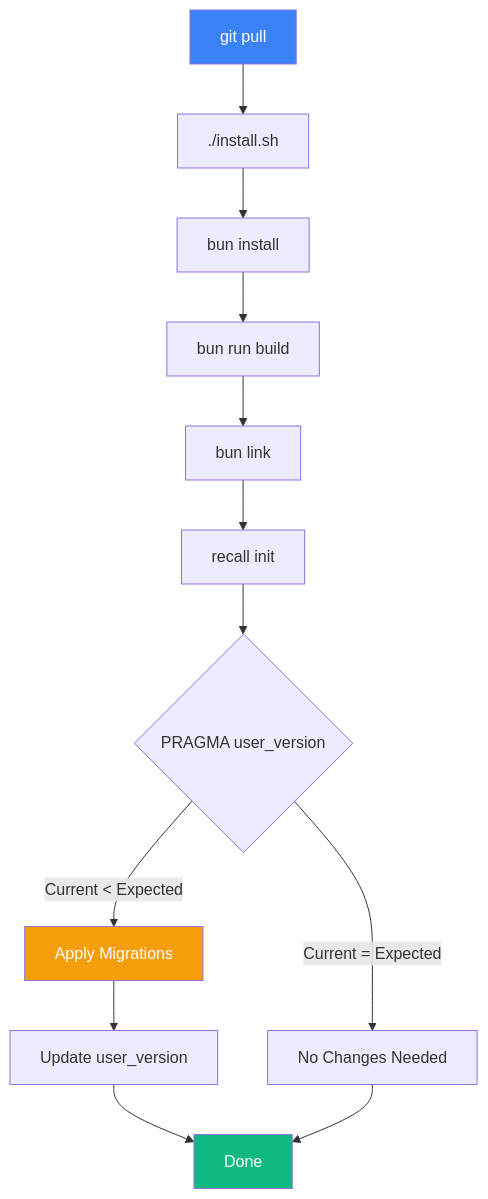
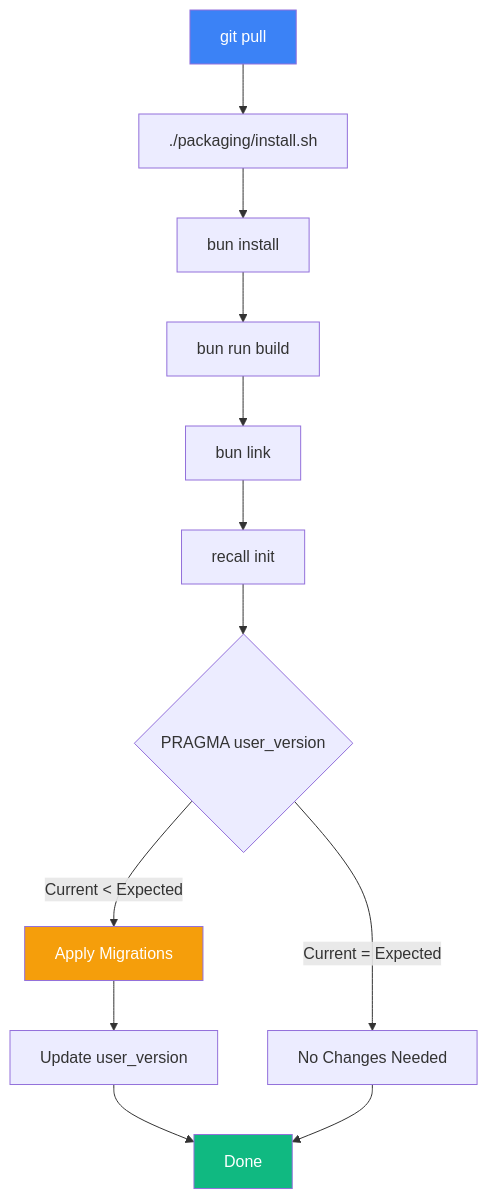
Before and after one commit to edheltzel/Recall: the diagram in docs/upgrading.md, drawn with Mermaid. The commit also changed other lines of this file and 150 other files, not shown here.

````diff
--- a/docs/upgrading.md
+++ b/docs/upgrading.md
@@ -290,18 +290,18 @@
 ```mermaid
 graph TD
-    A[git pull] --> B[./install.sh]
+    A[git pull] --> B[./packaging/install.sh]
     B --> C[bun install]
     C --> D[bun run build]
     D --> E[bun link]
     E --> F[recall init]
     F --> G{PRAGMA user_version}
     G -->|Current < Expected| H[Apply Migrations]
     G -->|Current = Expected| I[No Changes Needed]
     H --> J[Update user_version]
     J --> K[Done]
     I --> K
 
     style A fill:#3B82F6,color:#fff
     style H fill:#F59E0B,color:#fff
     style K fill:#10B981,color:#fff
 ```
````
